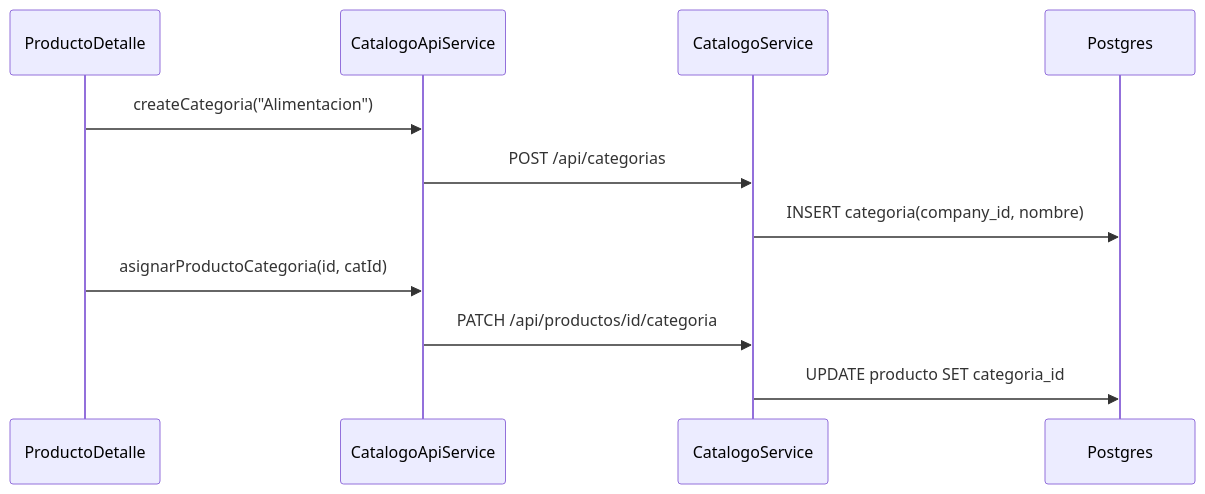
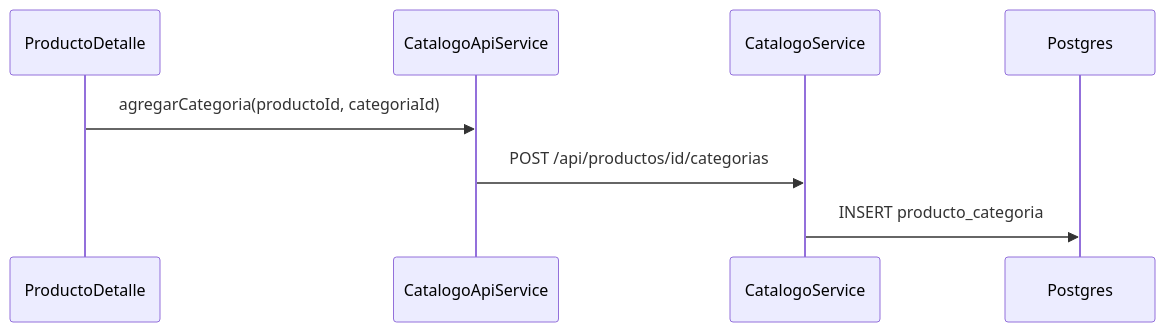
The ninth of 9 diagrams in documentacion/StoRy-guia-tecnica.md (Cheng17415/StoRy), drawn with Mermaid before and after one commit. The commit also changed other lines of this file and 1 other file, not shown here.

````diff
--- a/documentacion/StoRy-guia-tecnica.md
+++ b/documentacion/StoRy-guia-tecnica.md
@@ -375,14 +407,11 @@
 ```mermaid
 sequenceDiagram
     participant UI as ProductoDetalle
     participant API as CatalogoApiService
     participant BE as CatalogoService
     participant DB as Postgres
 
-    UI->>API: createCategoria("Alimentacion")
-    API->>BE: POST /api/categorias
-    BE->>DB: INSERT categoria(company_id, nombre)
-    UI->>API: asignarProductoCategoria(id, catId)
-    API->>BE: PATCH /api/productos/id/categoria
-    BE->>DB: UPDATE producto SET categoria_id
+    UI->>API: agregarCategoria(productoId, categoriaId)
+    API->>BE: POST /api/productos/id/categorias
+    BE->>DB: INSERT producto_categoria
 ```
````
